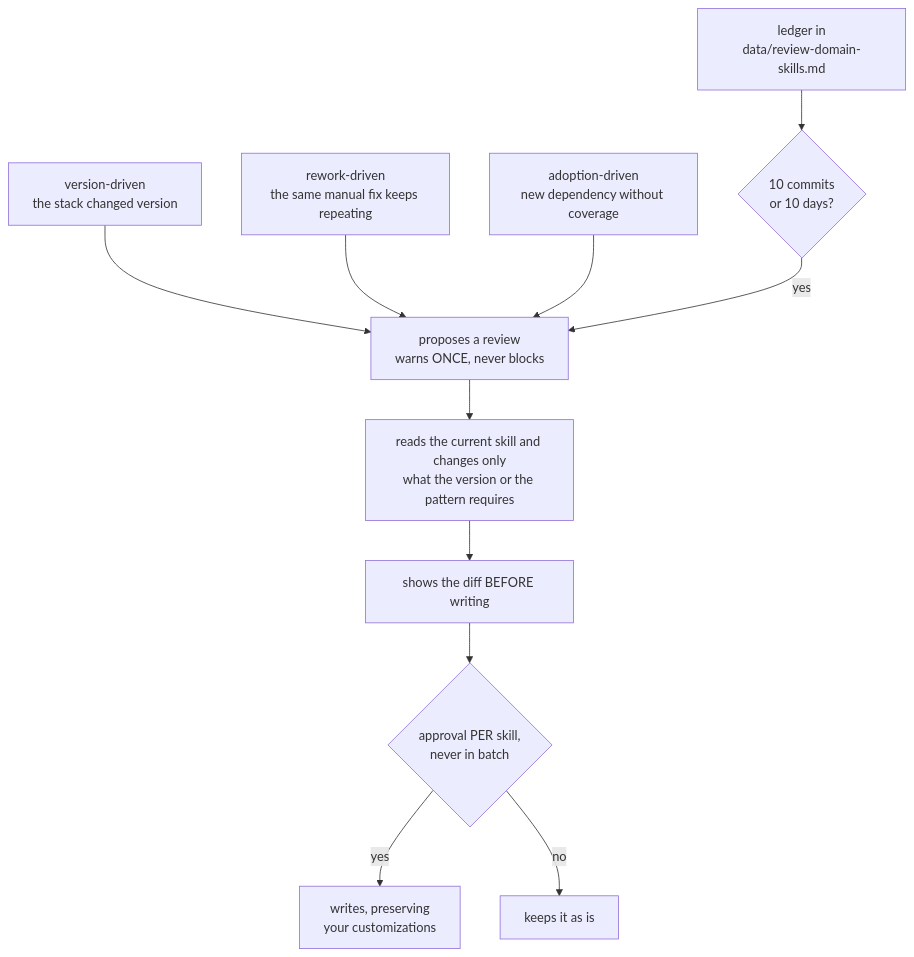
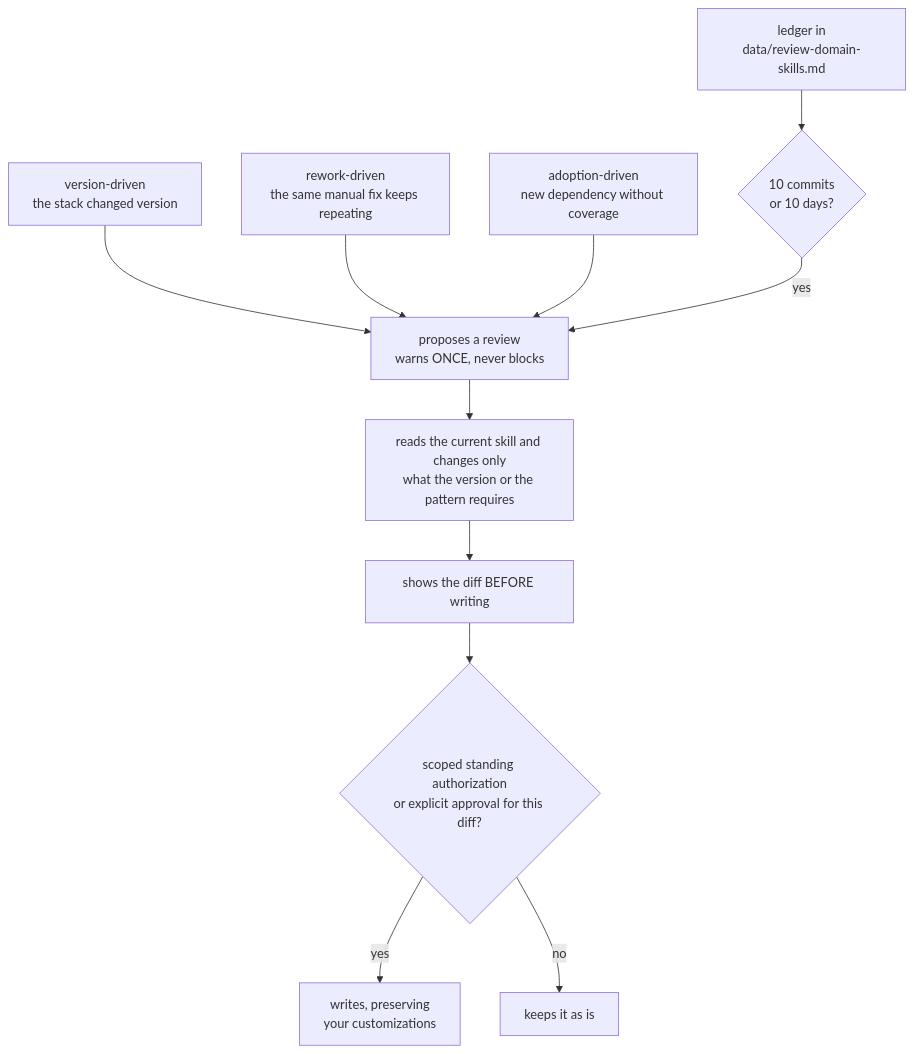
One commit to rpelizza/PelizzAI changed the seventh of 8 diagrams in README.md. Above: the diagram before and after it, drawn with Mermaid. The commit also changed other lines of this file and 107 other files, not shown here.

````diff
--- a/README.md
+++ b/README.md
@@ -487,13 +541,13 @@
 ```mermaid
 flowchart TD
     VD["version-driven<br/>the stack changed version"] --> PROP
     RD["rework-driven<br/>the same manual fix keeps repeating"] --> PROP
     AD["adoption-driven<br/>new dependency without coverage"] --> PROP
     LED["ledger in<br/>data/review-domain-skills.md"] --> NUD{"10 commits<br/>or 10 days?"}
     NUD -- "yes" --> PROP["proposes a review<br/>warns ONCE, never blocks"]
     PROP --> READ["reads the current skill and changes only<br/>what the version or the pattern requires"]
     READ --> DIFF["shows the diff BEFORE writing"]
-    DIFF --> APR{"approval PER skill,<br/>never in batch"}
+    DIFF --> APR{"scoped standing authorization<br/>or explicit approval for this diff?"}
     APR -- "yes" --> W["writes, preserving<br/>your customizations"]
     APR -- "no" --> SKIP["keeps it as is"]
 ```
````
